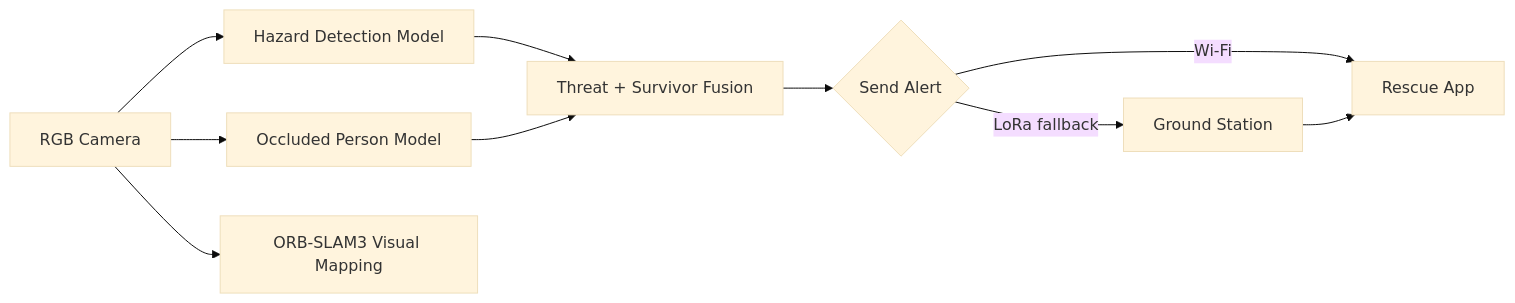
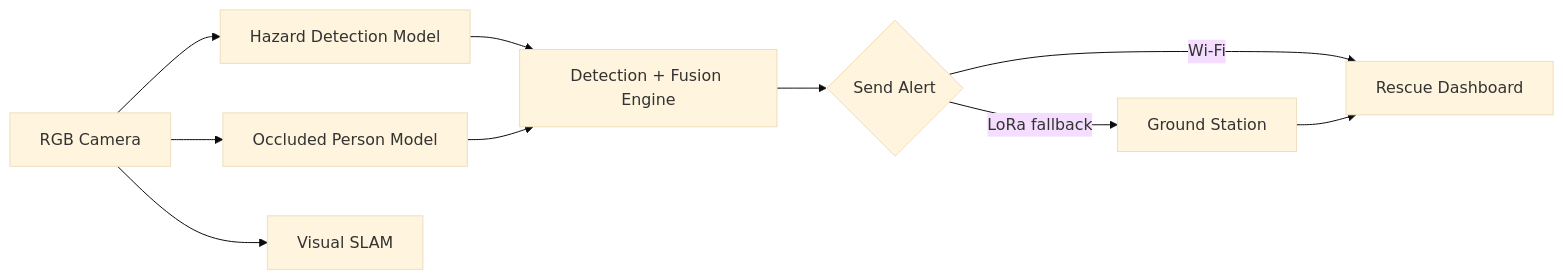
One commit to ASH-LABS-02/RUBIQX changed the diagram in README.md. Above: the diagram before and after it, drawn with Mermaid (base theme). The commit also changed other lines of this file, not shown here.

````diff
--- a/README.md
+++ b/README.md
@@ -52,12 +54,14 @@
 ```mermaid
 flowchart LR
     CAM[RGB Camera] --> DET1[Hazard Detection Model]
     CAM --> DET2[Occluded Person Model]
-    CAM --> SLAM[ORB-SLAM3 Visual Mapping]
-    DET1 --> FUSE[Threat + Survivor Fusion]
+    CAM --> SLAM[Visual SLAM]
+
+    DET1 --> FUSE[Detection + Fusion Engine]
     DET2 --> FUSE
     FUSE --> ALERT{Send Alert}
-    ALERT -- Wi‑Fi --> APP[Rescue App]
+
+    ALERT -- Wi‑Fi --> APP[Rescue Dashboard]
     ALERT -- LoRa fallback --> GCS[Ground Station]
     GCS --> APP
 ```
````
